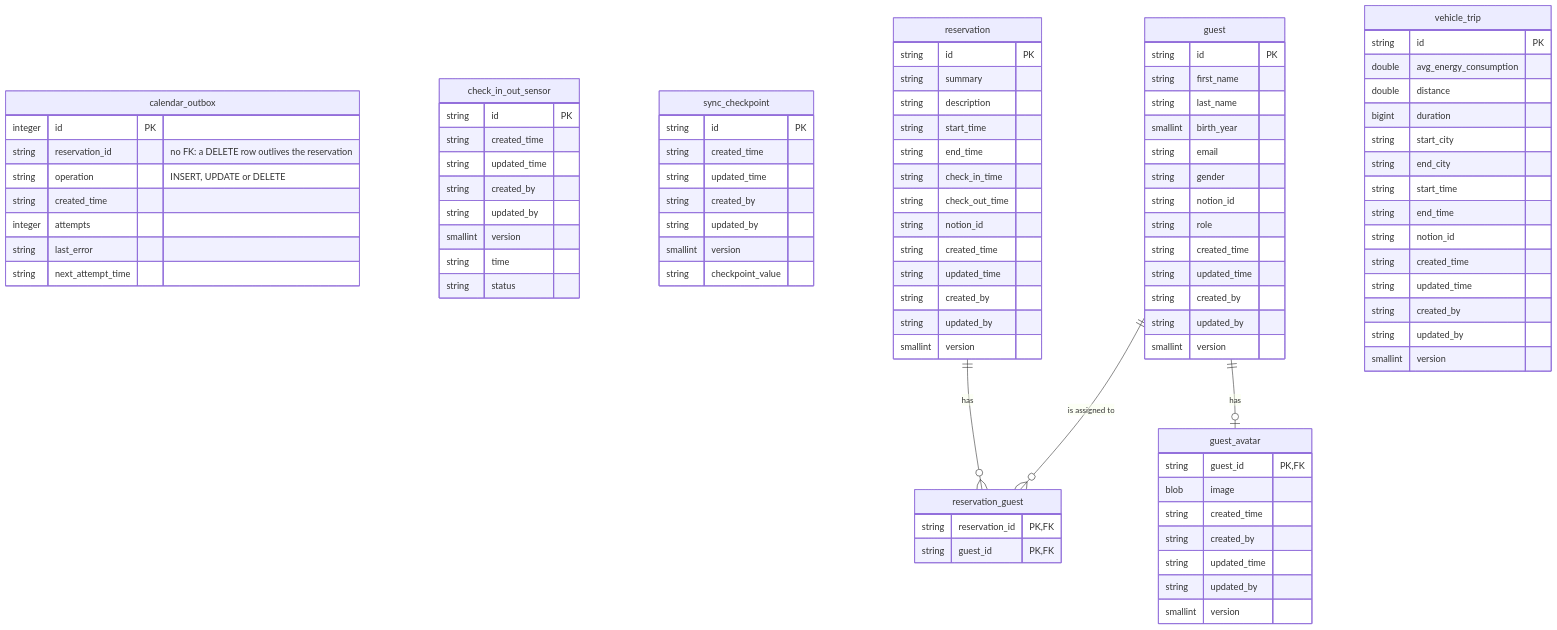
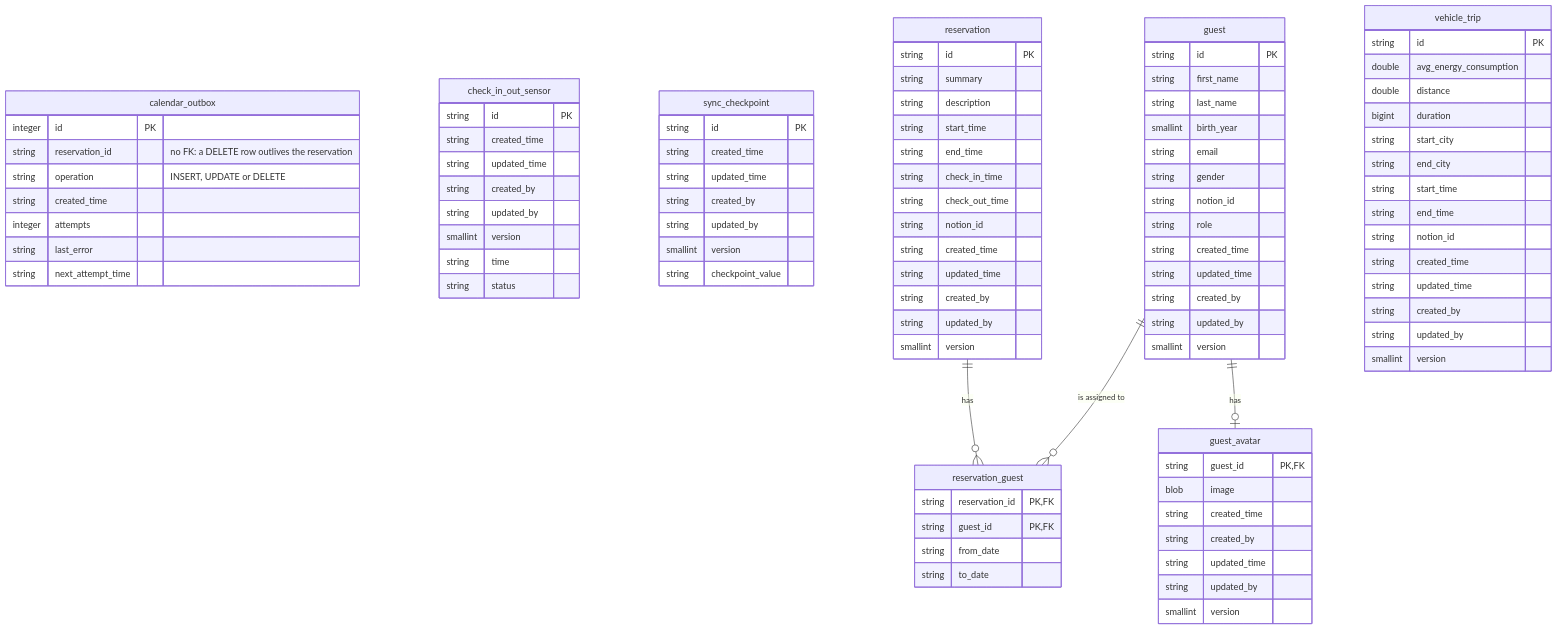
The diagram in docs/database_schema.md (ismarslomic/cabin-visits-kotlin), drawn with Mermaid before and after one commit. The commit also changed other lines of this file and 28 other files, not shown here.

```diff
--- a/docs/database_schema.md
+++ b/docs/database_schema.md
@@ -78,6 +78,8 @@
     reservation_guest {
         string reservation_id PK, FK
         string guest_id PK, FK
+        string from_date
+        string to_date
     }
 
     vehicle_trip {
```
